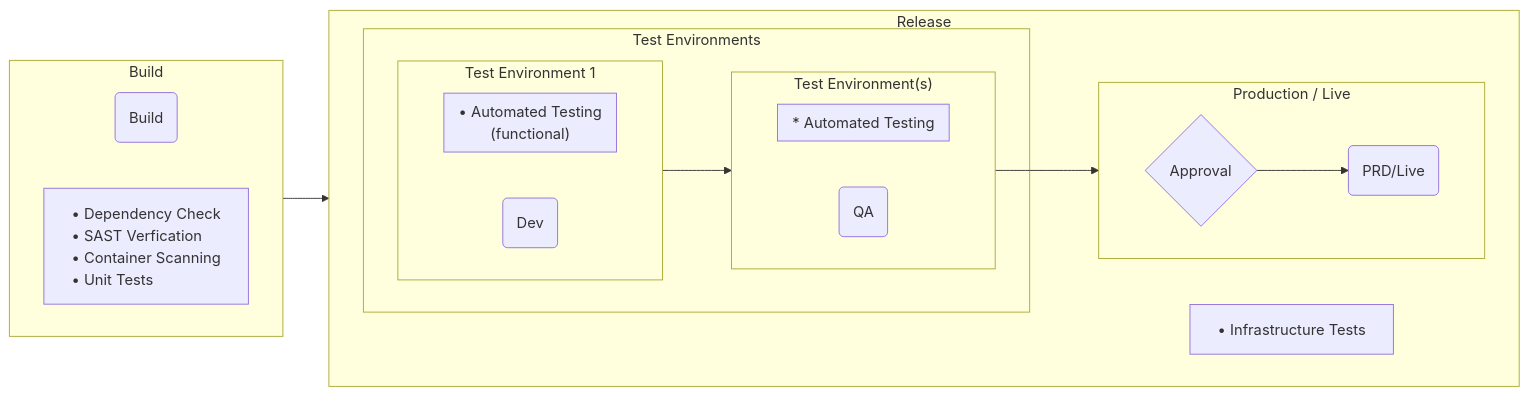
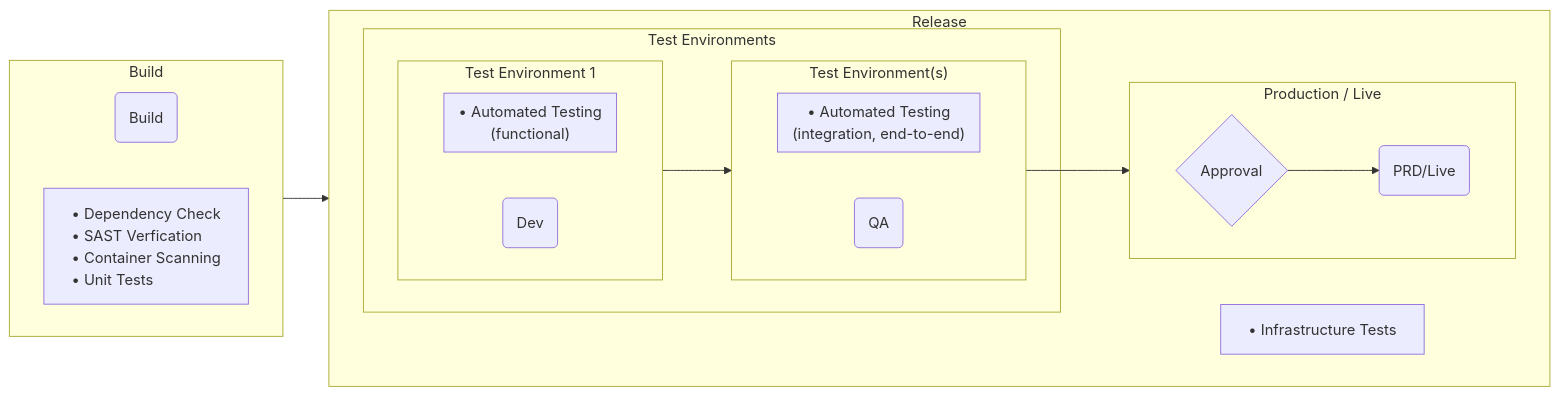
Before and after one commit to UKHO/docs: the diagram in software-engineering-policies/Pipelines/Baseline_Policy.md, drawn with Mermaid.

````diff
--- a/software-engineering-policies/Pipelines/Baseline_Policy.md
+++ b/software-engineering-policies/Pipelines/Baseline_Policy.md
@@ -15,45 +15,45 @@
 ```mermaid
 flowchart LR
     buildNode(Build)
     testEnv1Node(Dev)
     testEnvnNode(QA)
     approvalNode{Approval}
     prdNode(PRD/Live)
     infrastructureTestsNode[" #bull; Infrastructure Tests"]
     style infrastructureTestsNode align: left
     buildChecks[" #bull; Dependency Check\n #bull; SAST Verfication\n #bull; Container Scanning\n #bull; Unit Tests"]
     style buildChecks text-align:left; 
     subgraph sgBuild[Build]
     direction LR
         buildNode
         buildChecks
     end
 
   subgraph sgRelease[Release]
     direction LR
     subgraph sgPreProd[Test Environments\n\n]
         subgraph sgDev[Test Environment 1]
             direction LR
             testEnv1Node
             subgraph sgDevChecks[" #bull; Automated Testing </br>(functional)"]
             end 
         end
     subgraph sgQa["Test Environment(s)"]
         direction LR
         testEnvnNode
-        subgraph sgQaChecks[" * Automated Testing"]
+        subgraph sgQaChecks[" #bull; Automated Testing </br>(integration, end-to-end)"]
         end 
     end
     end
     subgraph sgPrd[Production / Live]
         direction LR
         approvalNode
         prdNode
     end
     infrastructureTestsNode
   end
   buildNode --> testEnv1Node
   testEnv1Node --> testEnvnNode
   testEnvnNode --> approvalNode
   approvalNode --> prdNode
 ```
````
